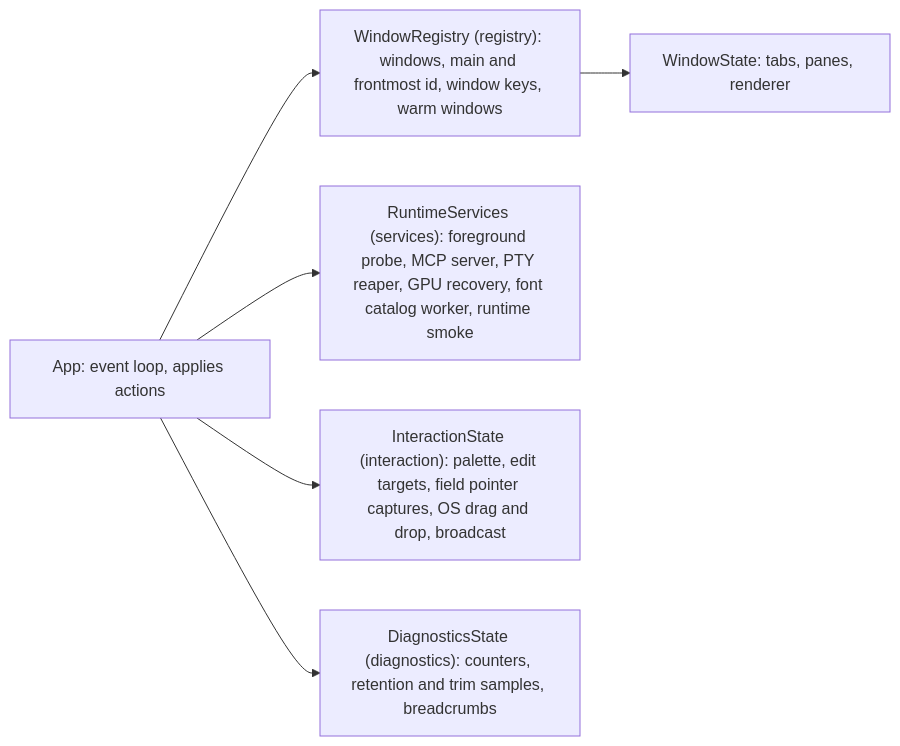
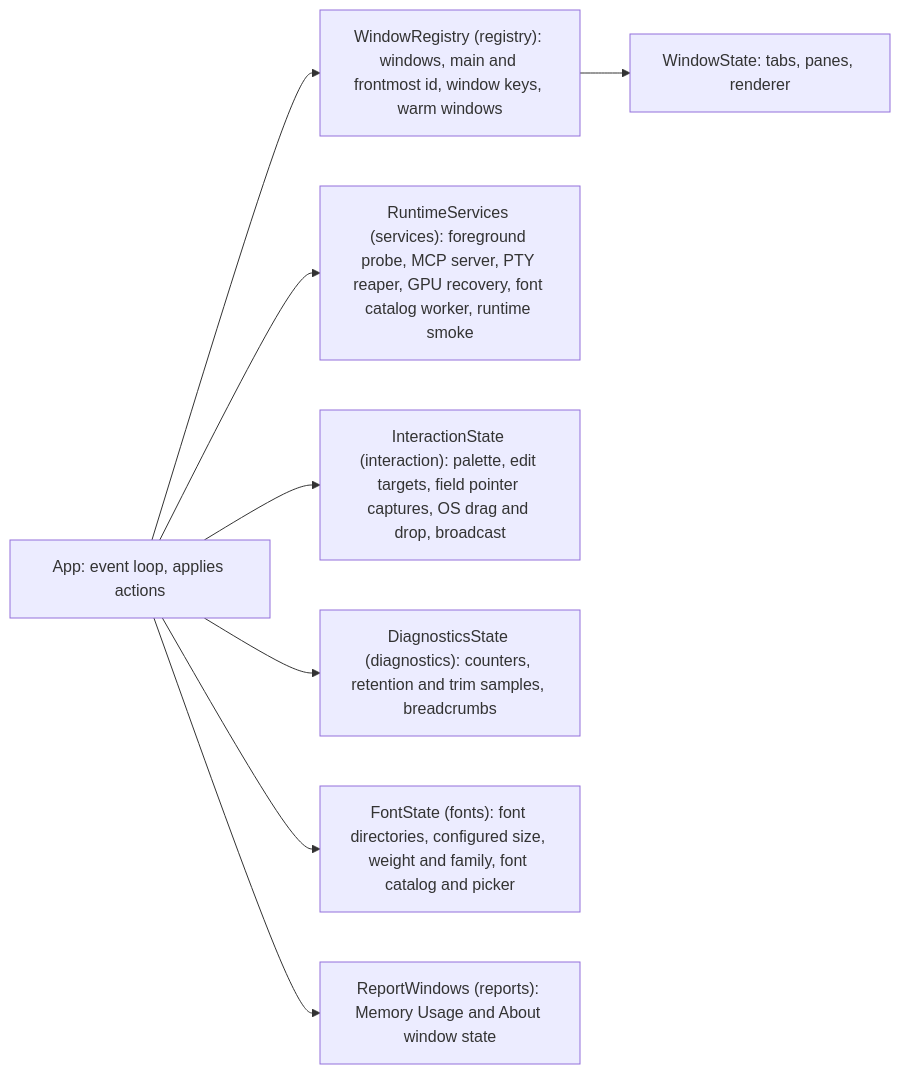
Before and after one commit to D0n9X1n/SonicTerm: the second of 2 diagrams in wiki/Architecture.md, drawn with Mermaid. The commit also changed other lines of this file and 225 other files, not shown here.

````diff
--- a/wiki/Architecture.md
+++ b/wiki/Architecture.md
@@ -70,9 +70,11 @@
 ```mermaid
 flowchart LR
   App["App: event loop, applies actions"]
   App --> Reg["WindowRegistry (registry): windows, main and frontmost id, window keys, warm windows"]
   App --> Run["RuntimeServices (services): foreground probe, MCP server, PTY reaper, GPU recovery, font catalog worker, runtime smoke"]
   App --> Int["InteractionState (interaction): palette, edit targets, field pointer captures, OS drag and drop, broadcast"]
   App --> Diag["DiagnosticsState (diagnostics): counters, retention and trim samples, breadcrumbs"]
+  App --> Fonts["FontState (fonts): font directories, configured size, weight and family, font catalog and picker"]
+  App --> Reports["ReportWindows (reports): Memory Usage and About window state"]
   Reg --> Win["WindowState: tabs, panes, renderer"]
 ```
````
